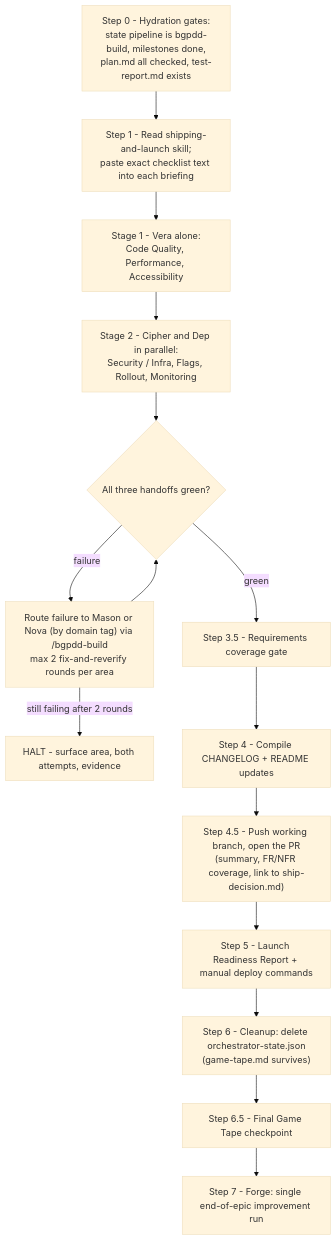
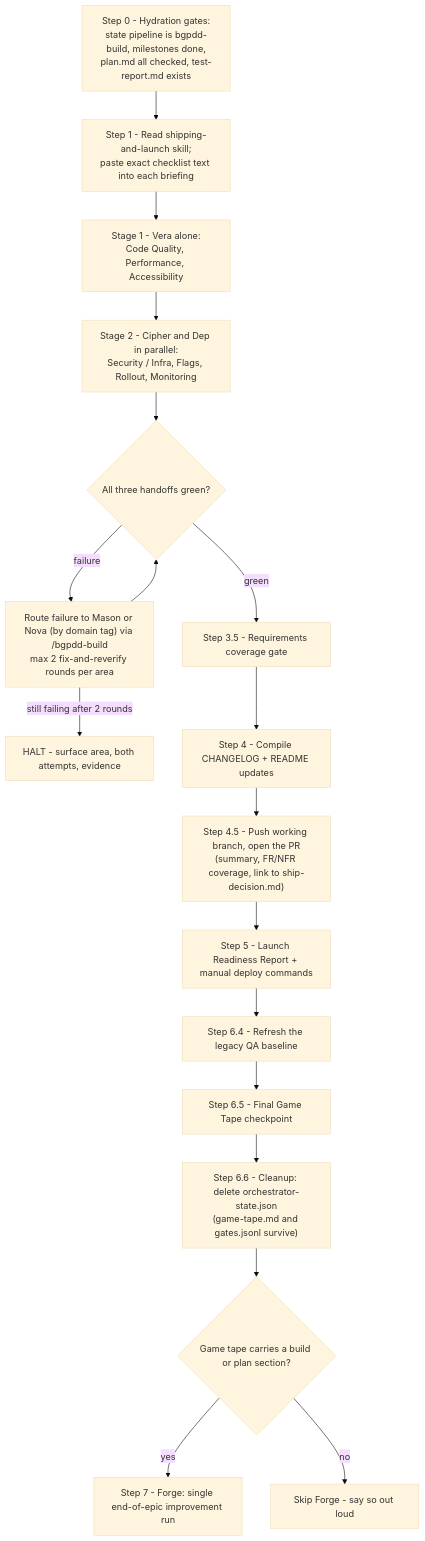
One commit to MuhammadShaharyarNaeem/blackgoat-agentskills changed the sixth of 7 diagrams in README.md. Above: the diagram before and after it, drawn with Mermaid (base theme). The commit also changed other lines of this file and 23 other files, not shown here.

````diff
--- a/README.md
+++ b/README.md
@@ -303,21 +303,26 @@
 ```mermaid
 flowchart TD
     S0["Step 0 - Hydration gates:<br/>state pipeline is bgpdd-build, milestones done,<br/>plan.md all checked, test-report.md exists"]
     S1["Step 1 - Read shipping-and-launch skill;<br/>paste exact checklist text into each briefing"]
     ST1["Stage 1 - Vera alone:<br/>Code Quality, Performance, Accessibility"]
     ST2["Stage 2 - Cipher and Dep in parallel:<br/>Security / Infra, Flags, Rollout, Monitoring"]
     S3{"All three handoffs green?"}
     FIX["Route failure to Mason or Nova (by domain tag) via /bgpdd-build<br/>max 2 fix-and-reverify rounds per area"]
     HALT["HALT - surface area, both attempts, evidence"]
     S35["Step 3.5 - Requirements coverage gate"]
     S4["Step 4 - Compile CHANGELOG + README updates"]
     S45["Step 4.5 - Push working branch, open the PR<br/>(summary, FR/NFR coverage, link to ship-decision.md)"]
     S5["Step 5 - Launch Readiness Report + manual deploy commands"]
-    S6["Step 6 - Cleanup: delete orchestrator-state.json<br/>(game-tape.md survives)"]
+    S64["Step 6.4 - Refresh the legacy QA baseline"]
     S65["Step 6.5 - Final Game Tape checkpoint"]
+    S66["Step 6.6 - Cleanup: delete orchestrator-state.json<br/>(game-tape.md and gates.jsonl survive)"]
+    S7G{"Game tape carries a build or plan section?"}
     S7["Step 7 - Forge: single end-of-epic improvement run"]
+    S7SKIP["Skip Forge - say so out loud"]
     S0 --> S1 --> ST1 --> ST2 --> S3
     S3 -- "failure" --> FIX --> S3
     FIX -- "still failing after 2 rounds" --> HALT
-    S3 -- "green" --> S35 --> S4 --> S45 --> S5 --> S6 --> S65 --> S7
+    S3 -- "green" --> S35 --> S4 --> S45 --> S5 --> S64 --> S65 --> S66 --> S7G
+    S7G -- "yes" --> S7
+    S7G -- "no" --> S7SKIP
 ```
````
